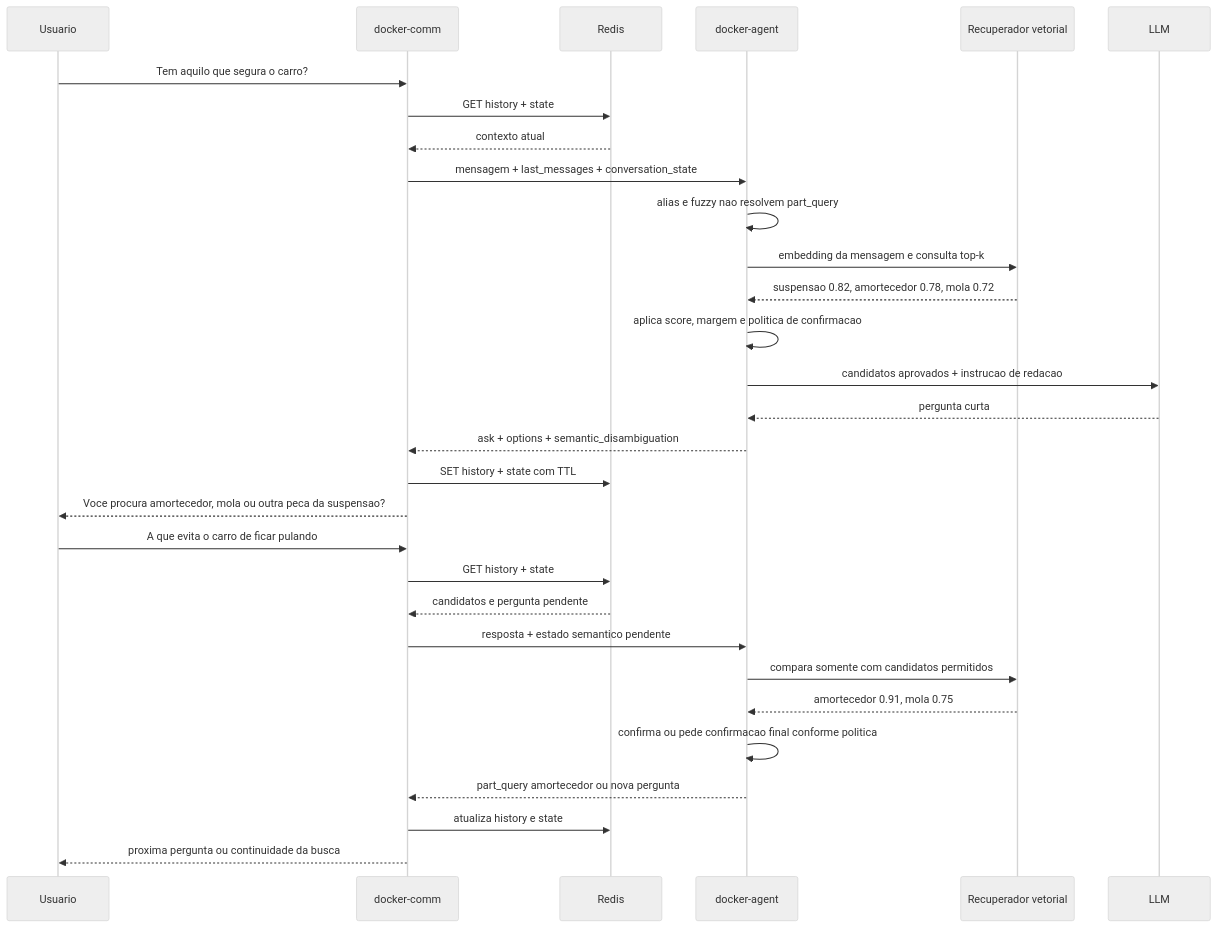
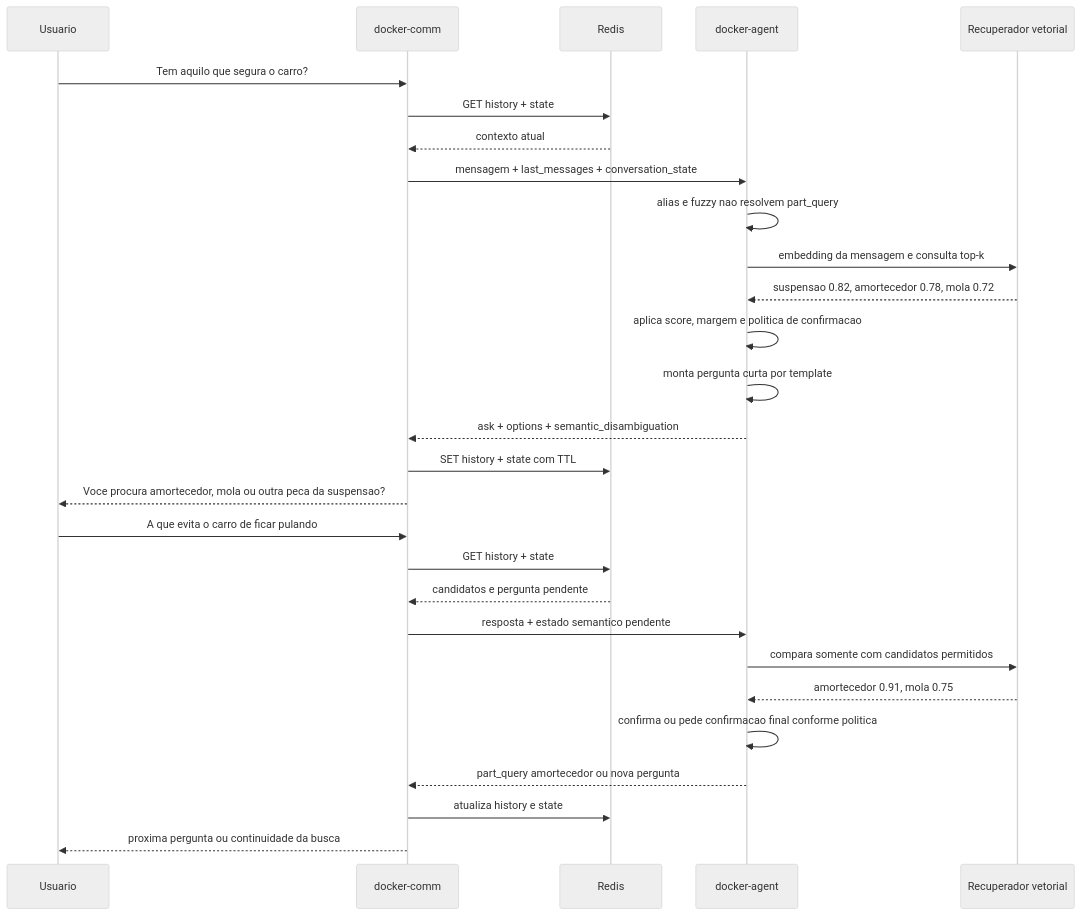
Before and after one commit to KleidsonRocha/TCC: the second of 2 diagrams in docker-agent/docs/guide/pre_search_runtime_flow.md, drawn with Mermaid (neutral theme). The commit also changed other lines of this file and 20 other files, not shown here.

````diff
--- a/docker-agent/docs/guide/pre_search_runtime_flow.md
+++ b/docker-agent/docs/guide/pre_search_runtime_flow.md
@@ -186,34 +190,32 @@
 ```mermaid
 sequenceDiagram
     participant U as Usuario
     participant C as docker-comm
     participant R as Redis
     participant A as docker-agent
     participant V as Recuperador vetorial
-    participant L as LLM
 
     U->>C: Tem aquilo que segura o carro?
     C->>R: GET history + state
     R-->>C: contexto atual
     C->>A: mensagem + last_messages + conversation_state
     A->>A: alias e fuzzy nao resolvem part_query
     A->>V: embedding da mensagem e consulta top-k
     V-->>A: suspensao 0.82, amortecedor 0.78, mola 0.72
     A->>A: aplica score, margem e politica de confirmacao
-    A->>L: candidatos aprovados + instrucao de redacao
-    L-->>A: pergunta curta
+    A->>A: monta pergunta curta por template
     A-->>C: ask + options + semantic_disambiguation
     C->>R: SET history + state com TTL
     C-->>U: Voce procura amortecedor, mola ou outra peca da suspensao?
 
     U->>C: A que evita o carro de ficar pulando
     C->>R: GET history + state
     R-->>C: candidatos e pergunta pendente
     C->>A: resposta + estado semantico pendente
     A->>V: compara somente com candidatos permitidos
     V-->>A: amortecedor 0.91, mola 0.75
     A->>A: confirma ou pede confirmacao final conforme politica
     A-->>C: part_query amortecedor ou nova pergunta
     C->>R: atualiza history e state
     C-->>U: proxima pergunta ou continuidade da busca
 ```
````
